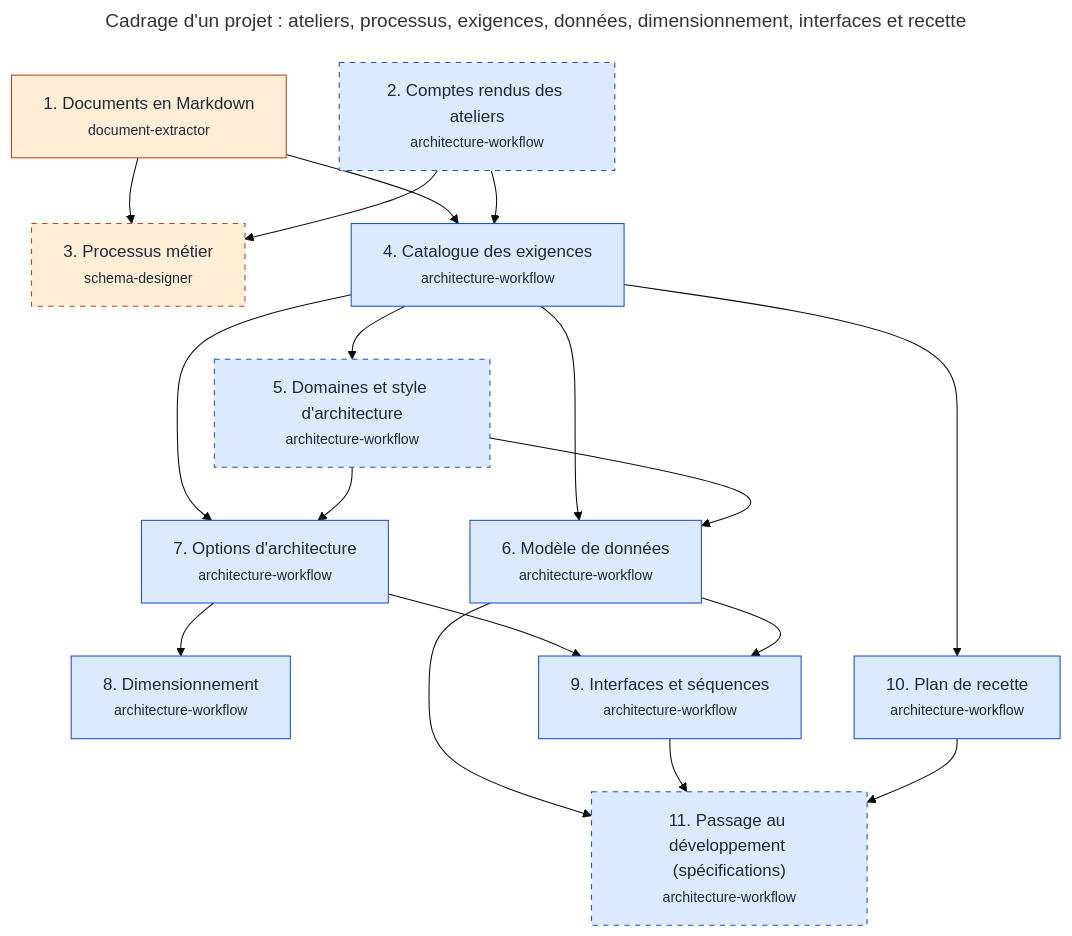
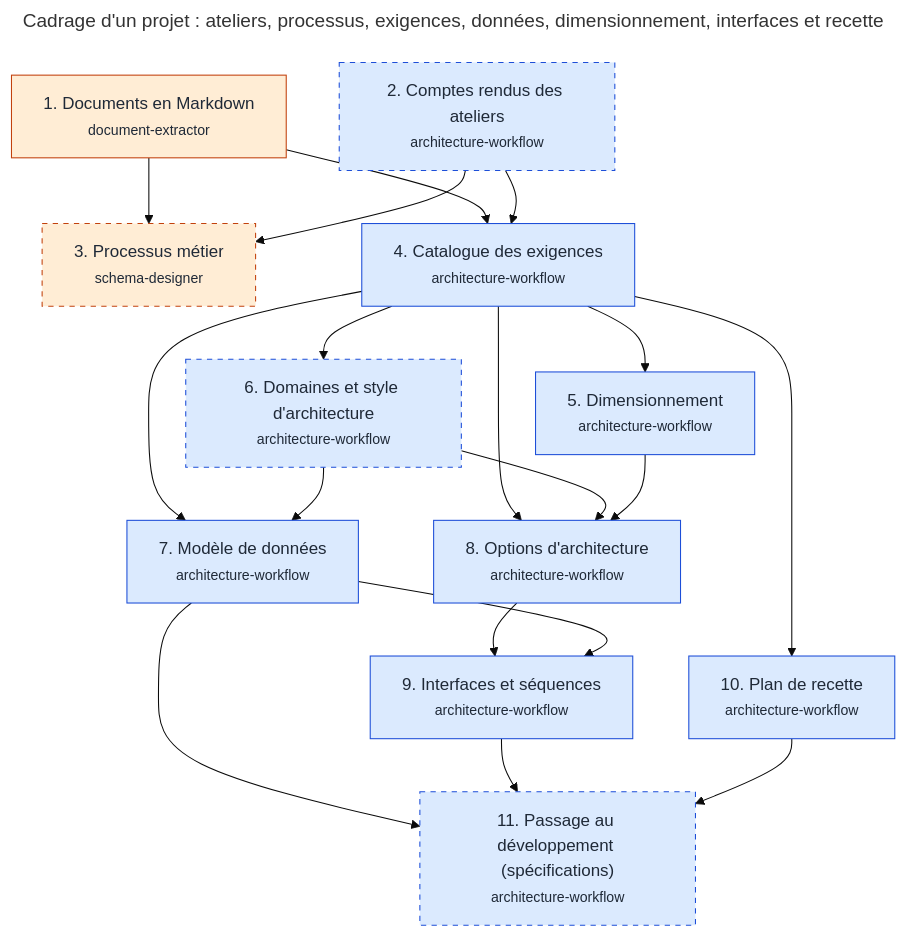
The diagram in docs/workflows/cadrage.md (RenaudVanhille/myskills), drawn with Mermaid (base theme) before and after one commit. The commit also changed other lines of this file and 12 other files, not shown here.

First line of the commit message:
feat: dimensionnement juste après les exigences, avant les options d'architecture (#147)

````diff
--- a/docs/workflows/cadrage.md
+++ b/docs/workflows/cadrage.md
@@ -17,39 +17,40 @@
 ```mermaid
 ---
 title: "Cadrage d'un projet : ateliers, processus, exigences, données, dimensionnement, interfaces et recette"
 ---
 flowchart TD
   s_documents["1. Documents en Markdown<br/><small>document-extractor</small>"]
   s_comptes_rendus["2. Comptes rendus des ateliers<br/><small>architecture-workflow</small>"]
   s_processus["3. Processus métier<br/><small>schema-designer</small>"]
   s_exigences["4. Catalogue des exigences<br/><small>architecture-workflow</small>"]
-  s_domaines["5. Domaines et style d'architecture<br/><small>architecture-workflow</small>"]
-  s_modele_donnees["6. Modèle de données<br/><small>architecture-workflow</small>"]
-  s_architectures["7. Options d'architecture<br/><small>architecture-workflow</small>"]
-  s_dimensionnement["8. Dimensionnement<br/><small>architecture-workflow</small>"]
+  s_dimensionnement["5. Dimensionnement<br/><small>architecture-workflow</small>"]
+  s_domaines["6. Domaines et style d'architecture<br/><small>architecture-workflow</small>"]
+  s_modele_donnees["7. Modèle de données<br/><small>architecture-workflow</small>"]
+  s_architectures["8. Options d'architecture<br/><small>architecture-workflow</small>"]
   s_interfaces["9. Interfaces et séquences<br/><small>architecture-workflow</small>"]
   s_recette["10. Plan de recette<br/><small>architecture-workflow</small>"]
   s_developpement["11. Passage au développement (spécifications)<br/><small>architecture-workflow</small>"]
   s_documents --> s_processus
   s_comptes_rendus --> s_processus
   s_documents --> s_exigences
   s_comptes_rendus --> s_exigences
+  s_exigences --> s_dimensionnement
   s_exigences --> s_domaines
   s_exigences --> s_modele_donnees
   s_domaines --> s_modele_donnees
   s_exigences --> s_architectures
   s_domaines --> s_architectures
-  s_architectures --> s_dimensionnement
+  s_dimensionnement --> s_architectures
   s_architectures --> s_interfaces
   s_modele_donnees --> s_interfaces
   s_exigences --> s_recette
   s_modele_donnees --> s_developpement
   s_interfaces --> s_developpement
   s_recette --> s_developpement
   classDef moteur fill:#dbeafe,stroke:#1d4ed8,color:#1f2937
   classDef agent fill:#ffedd5,stroke:#c2410c,color:#1f2937
   classDef facultative stroke-dasharray:5 5
-  class s_comptes_rendus,s_exigences,s_domaines,s_modele_donnees,s_architectures,s_dimensionnement,s_interfaces,s_recette,s_developpement moteur
+  class s_comptes_rendus,s_exigences,s_dimensionnement,s_domaines,s_modele_donnees,s_architectures,s_interfaces,s_recette,s_developpement moteur
   class s_documents,s_processus agent
   class s_comptes_rendus,s_processus,s_domaines,s_developpement facultative
 ```
````
